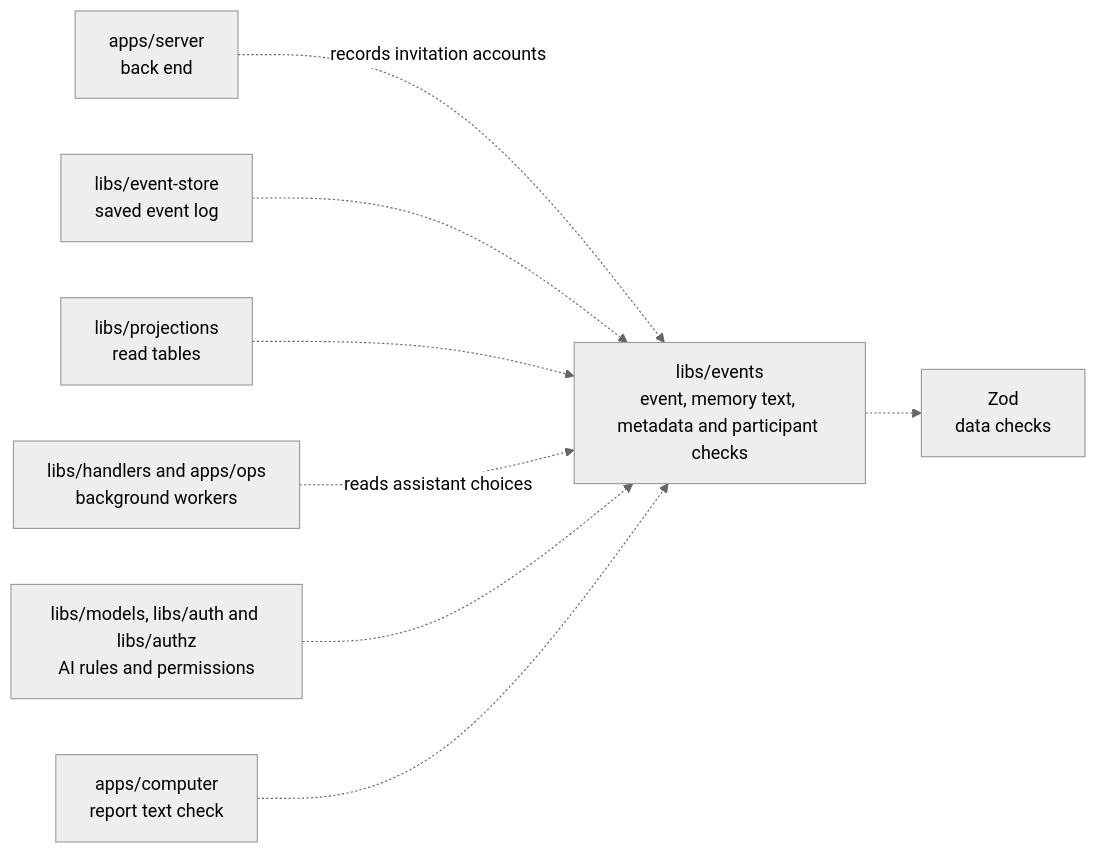
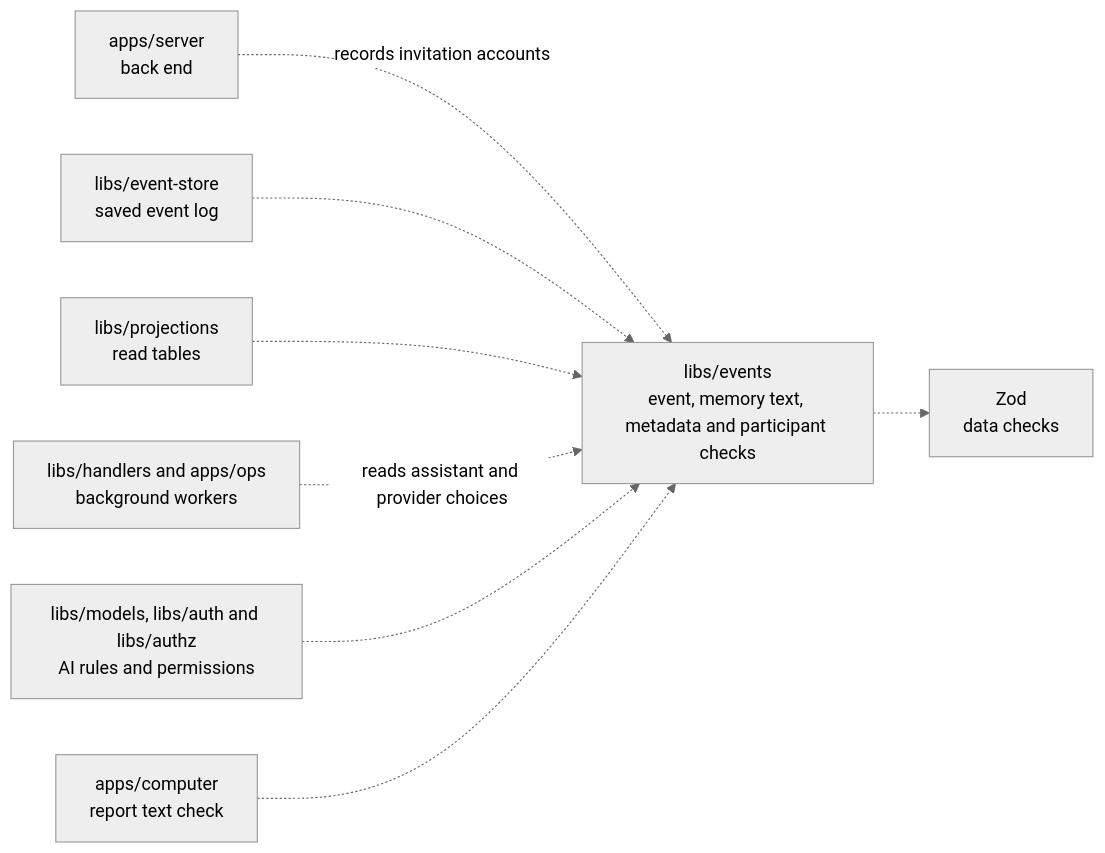
Before and after one commit to elewa-git/opencrane-new: the diagram in libs/events/README.md, drawn with Mermaid (neutral theme). The commit also changed other lines of this file and 24 other files, not shown here.

Commit message:
🔗 Record provider choices and pauses with safe recovery

````diff
--- a/libs/events/README.md
+++ b/libs/events/README.md
@@ -23,10 +23,10 @@
 ```mermaid
 flowchart LR
   server["apps/server<br/>back end"] -.->|records invitation accounts| events["libs/events<br/>event, memory text, metadata and participant checks"]
   store["libs/event-store<br/>saved event log"] -.-> events
   projections["libs/projections<br/>read tables"] -.-> events
-  workers["libs/handlers and apps/ops<br/>background workers"] -.->|reads assistant choices| events
+  workers["libs/handlers and apps/ops<br/>background workers"] -.->|reads assistant and provider choices| events
   others["libs/models, libs/auth and libs/authz<br/>AI rules and permissions"] -.-> events
   computer["apps/computer<br/>report text check"] -.-> events
   events -.-> zod["Zod<br/>data checks"]
 ```
````
